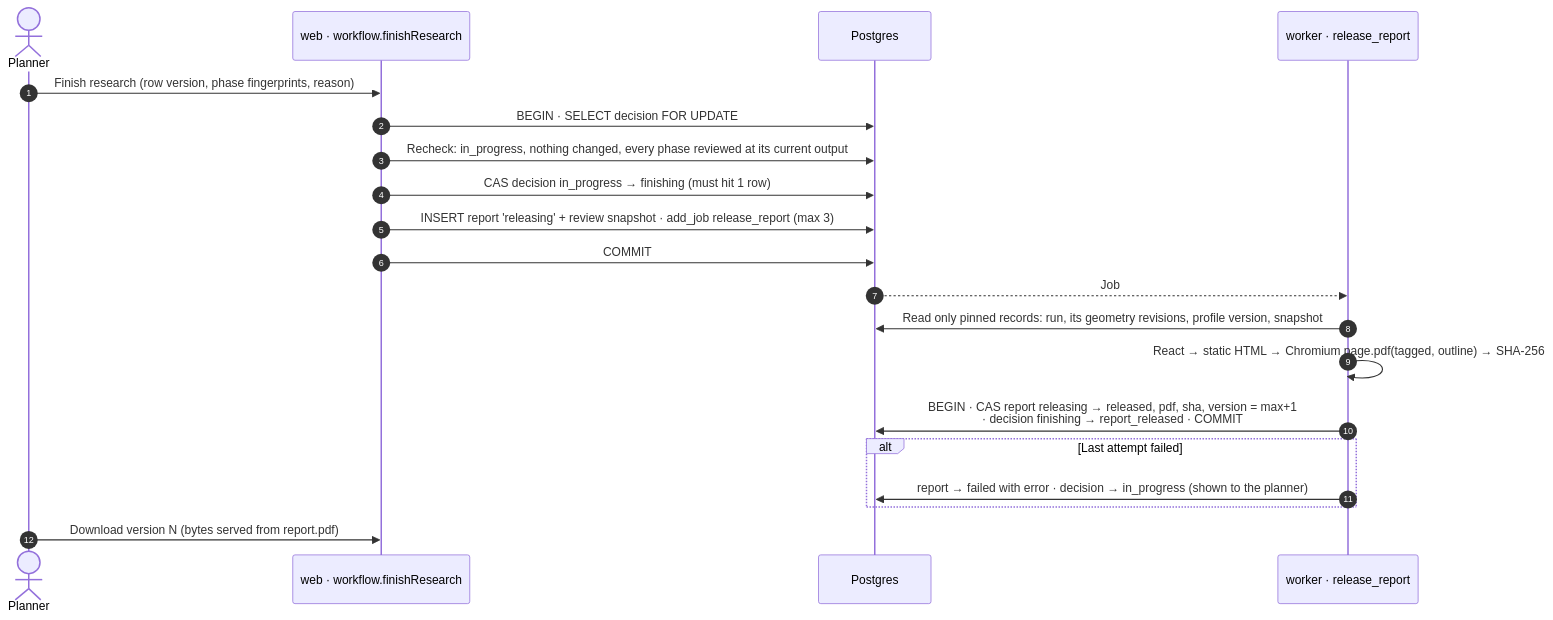
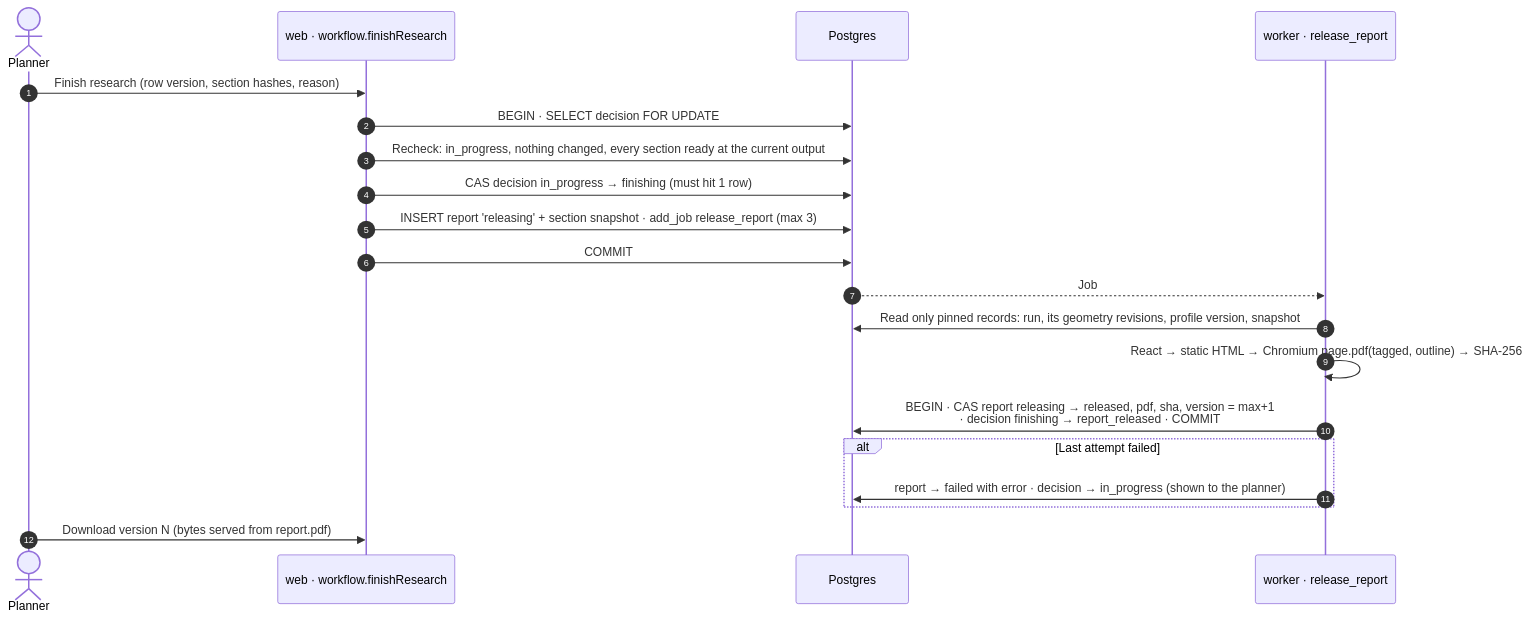
One commit to Aru27-byte/UPlan changed the fourth of 5 diagrams in TechDesign/technical-overview.md. Above: the diagram before and after it, drawn with Mermaid. The commit also changed other lines of this file and 159 other files, not shown here.

````diff
--- a/TechDesign/technical-overview.md
+++ b/TechDesign/technical-overview.md
@@ -194,22 +194,22 @@
 ```mermaid
 sequenceDiagram
   autonumber
   actor P as Planner
   participant W as web · workflow.finishResearch
   participant DB as Postgres
   participant WK as worker · release_report
-  P->>W: Finish research (row version, phase fingerprints, reason)
+  P->>W: Finish research (row version, section hashes, reason)
   W->>DB: BEGIN · SELECT decision FOR UPDATE
-  W->>DB: Recheck: in_progress, nothing changed, every phase reviewed at its current output
+  W->>DB: Recheck: in_progress, nothing changed, every section ready at the current output
   W->>DB: CAS decision in_progress → finishing (must hit 1 row)
-  W->>DB: INSERT report 'releasing' + review snapshot · add_job release_report (max 3)
+  W->>DB: INSERT report 'releasing' + section snapshot · add_job release_report (max 3)
   W->>DB: COMMIT
   DB-->>WK: Job
   WK->>DB: Read only pinned records: run, its geometry revisions, profile version, snapshot
   WK->>WK: React → static HTML → Chromium page.pdf(tagged, outline) → SHA-256
   WK->>DB: BEGIN · CAS report releasing → released, pdf, sha, version = max+1<br/>· decision finishing → report_released · COMMIT
   alt Last attempt failed
     WK->>DB: report → failed with error · decision → in_progress (shown to the planner)
   end
   P->>W: Download version N (bytes served from report.pdf)
 ```
````
